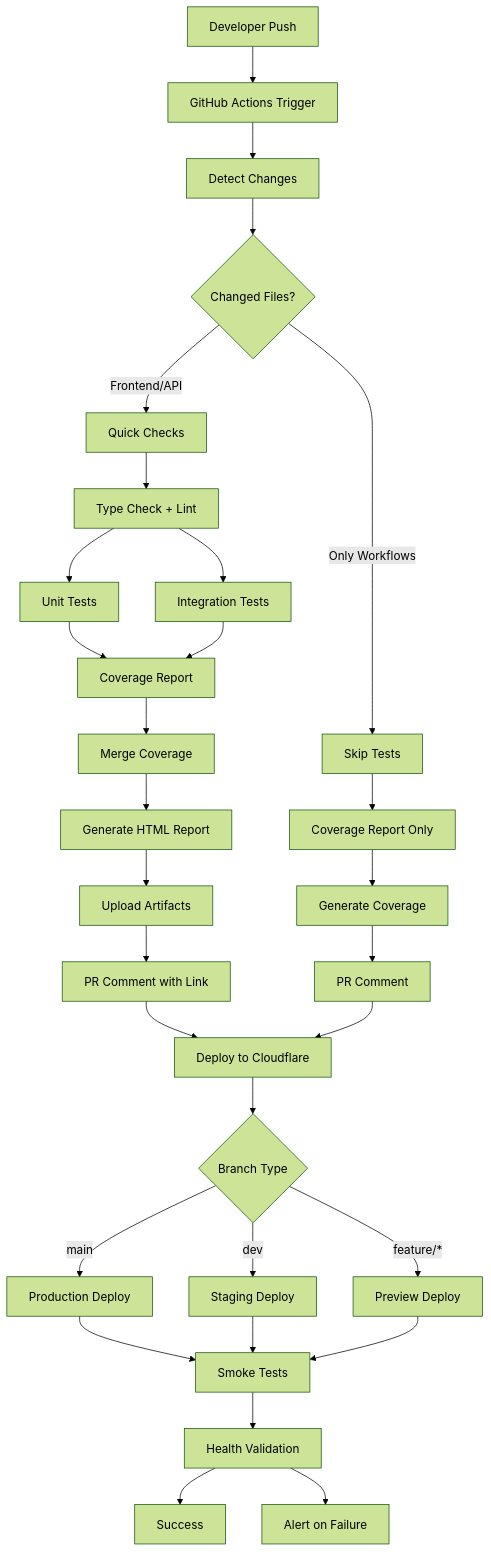
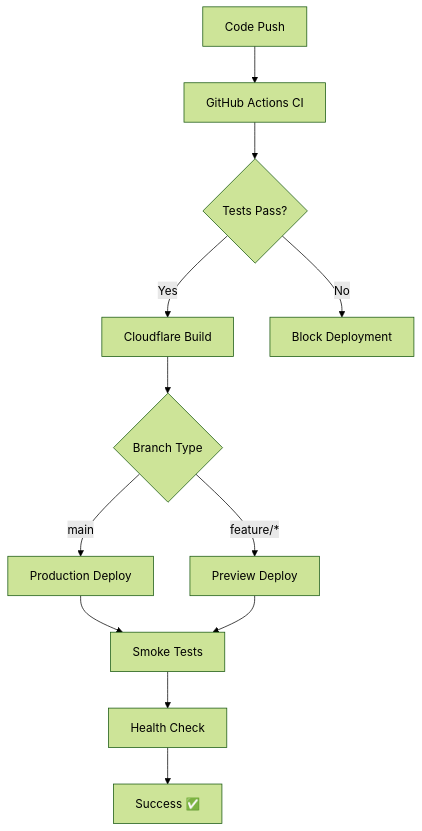
Before and after one commit to COMP-4350-Group-6/budgetwise: the diagram in CI_CD_REPORT.md, drawn with Mermaid (forest theme). The commit also changed other lines of this file and 12 other files, not shown here.

````diff
--- a/CI_CD_REPORT.md
+++ b/CI_CD_REPORT.md
@@ -187,42 +169,14 @@
 ```mermaid
 graph TD
-    A[Developer Push] --> B[GitHub Actions Trigger]
-    
-    B --> C[Detect Changes]
-    C --> D{Changed Files?}
-    
-    D -->|Frontend/API| E[Quick Checks]
-    D -->|Only Workflows| F[Skip Tests]
-    
-    E --> G[Type Check + Lint]
-    G --> H[Unit Tests]
-    G --> I[Integration Tests]
-    
-    H --> J[Coverage Report]
-    I --> J
-    
-    J --> K[Merge Coverage]
-    K --> L[Generate HTML Report]
-    L --> M[Upload Artifacts]
-    M --> N[PR Comment with Link]
-    
-    F --> O[Coverage Report Only]
-    O --> P[Generate Coverage]
-    P --> Q[PR Comment]
-    
-    N --> R[Deploy to Cloudflare]
-    Q --> R
-    R --> S{Branch Type}
-    
-    S -->|main| T[Production Deploy]
-    S -->|dev| U[Staging Deploy]
-    S -->|feature/*| V[Preview Deploy]
-    
-    T --> W[Smoke Tests]
-    U --> W
-    V --> W
-    
-    W --> X[Health Validation]
-    X --> Y[Success]
-    X --> Z[Alert on Failure]
+    A[Code Push] --> B[GitHub Actions CI]
+    B --> C{Tests Pass?}
+    C -->|Yes| D[Cloudflare Build]
+    C -->|No| E[Block Deployment]
+    D --> F{Branch Type}
+    F -->|main| G[Production Deploy]
+    F -->|feature/*| H[Preview Deploy]
+    G --> I[Smoke Tests]
+    H --> I
+    I --> J[Health Check]
+    J --> K[Success ✅]
 ```
````
